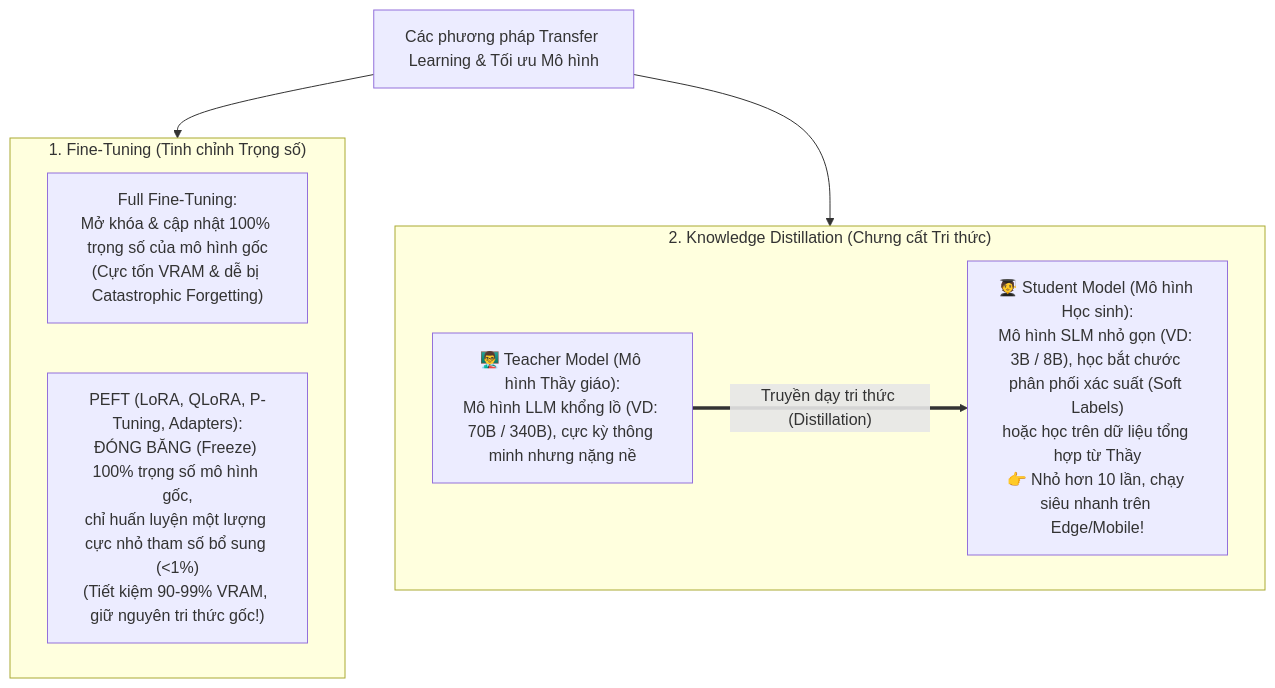
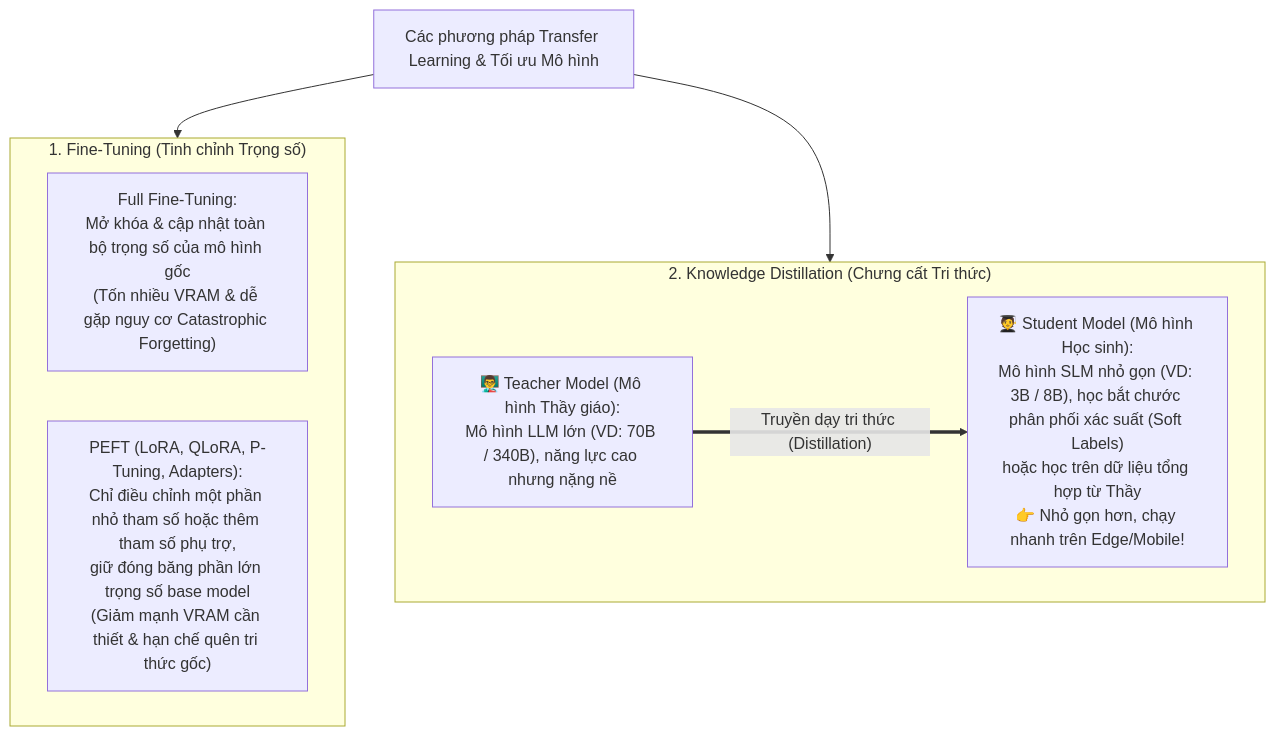
The third of 4 diagrams in Module_06_Model_Customization.md (nxthanh2904/nca-genl), drawn with Mermaid before and after one commit. The commit also changed other lines of this file and 14 other files, not shown here.

````diff
--- a/Module_06_Model_Customization.md
+++ b/Module_06_Model_Customization.md
@@ -118,17 +127,17 @@
 ```mermaid
 flowchart TD
     TL["Các phương pháp Transfer Learning & Tối ưu Mô hình"]
     
     subgraph FT["1. Fine-Tuning (Tinh chỉnh Trọng số)"]
-        FullFT["Full Fine-Tuning:<br/>Mở khóa & cập nhật 100% trọng số của mô hình gốc<br/>(Cực tốn VRAM & dễ bị Catastrophic Forgetting)"]
-        PEFT["PEFT (LoRA, QLoRA, P-Tuning, Adapters):<br/>ĐÓNG BĂNG (Freeze) 100% trọng số mô hình gốc,<br/>chỉ huấn luyện một lượng cực nhỏ tham số bổ sung (<1%)<br/>(Tiết kiệm 90-99% VRAM, giữ nguyên tri thức gốc!)"]
+        FullFT["Full Fine-Tuning:<br/>Mở khóa & cập nhật toàn bộ trọng số của mô hình gốc<br/>(Tốn nhiều VRAM & dễ gặp nguy cơ Catastrophic Forgetting)"]
+        PEFT["PEFT (LoRA, QLoRA, P-Tuning, Adapters):<br/>Chỉ điều chỉnh một phần nhỏ tham số hoặc thêm tham số phụ trợ,<br/>giữ đóng băng phần lớn trọng số base model<br/>(Giảm mạnh VRAM cần thiết & hạn chế quên tri thức gốc)"]
     end
 
     subgraph KD["2. Knowledge Distillation (Chưng cất Tri thức)"]
-        Teacher["👨‍🏫 Teacher Model (Mô hình Thầy giáo):<br/>Mô hình LLM khổng lồ (VD: 70B / 340B), cực kỳ thông minh nhưng nặng nề"]
-        Student["🧑‍🎓 Student Model (Mô hình Học sinh):<br/>Mô hình SLM nhỏ gọn (VD: 3B / 8B), học bắt chước phân phối xác suất (Soft Labels)<br/>hoặc học trên dữ liệu tổng hợp từ Thầy<br/>👉 Nhỏ hơn 10 lần, chạy siêu nhanh trên Edge/Mobile!"]
+        Teacher["👨‍🏫 Teacher Model (Mô hình Thầy giáo):<br/>Mô hình LLM lớn (VD: 70B / 340B), năng lực cao nhưng nặng nề"]
+        Student["🧑‍🎓 Student Model (Mô hình Học sinh):<br/>Mô hình SLM nhỏ gọn (VD: 3B / 8B), học bắt chước phân phối xác suất (Soft Labels)<br/>hoặc học trên dữ liệu tổng hợp từ Thầy<br/>👉 Nhỏ gọn hơn, chạy nhanh trên Edge/Mobile!"]
         Teacher ==>|"Truyền dạy tri thức (Distillation)"| Student
     end
 
     TL --> FT & KD
 ```
````
